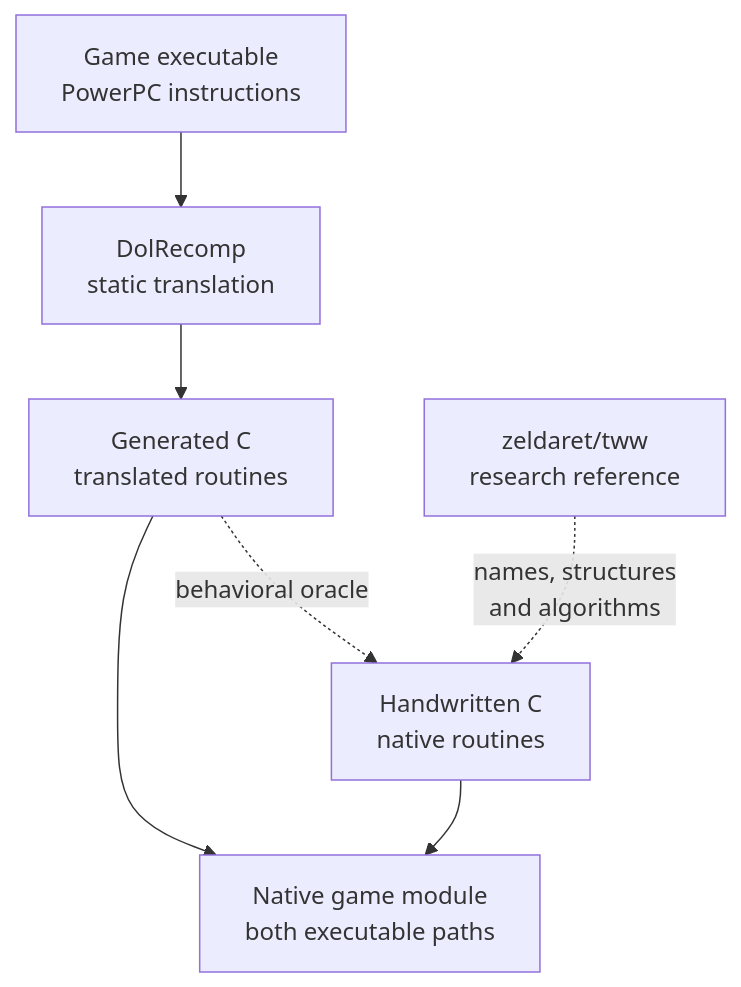
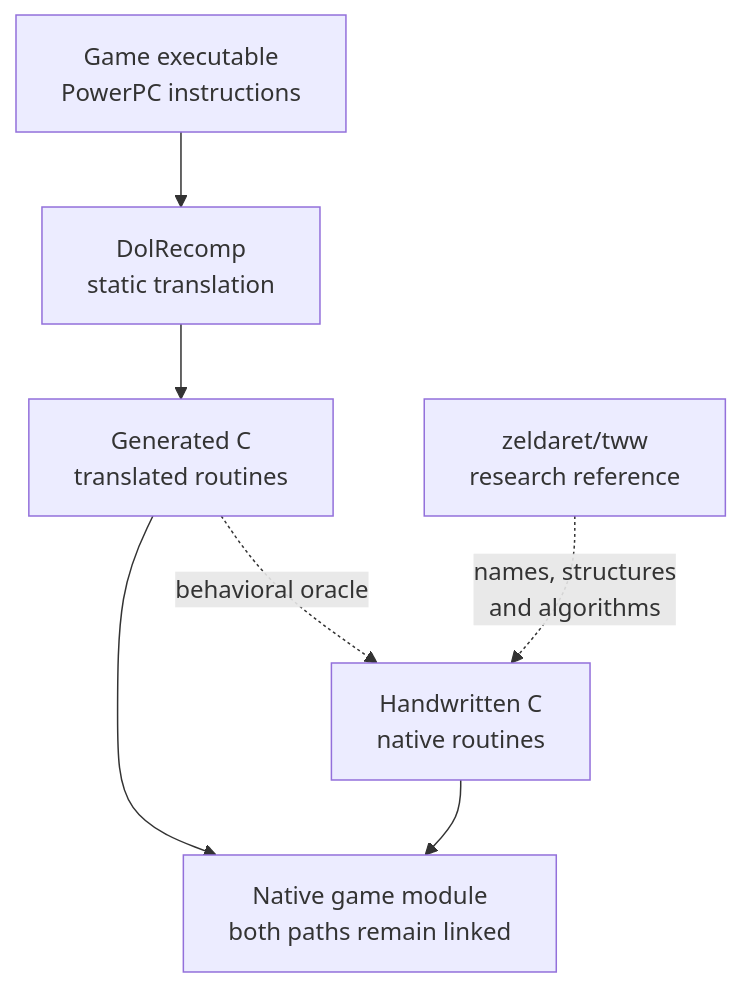
One commit to Aelbannan/boat_of_daphnes changed the first of 6 diagrams in docs/architecture/NativeRoutines.md. Above: the diagram before and after it, drawn with Mermaid. The commit also changed other lines of this file, not shown here.

Commit message:
docs: clarify per-call native selection

````diff
--- a/docs/architecture/NativeRoutines.md
+++ b/docs/architecture/NativeRoutines.md
@@ -33,14 +53,14 @@
 ```mermaid
 flowchart TD
     Disc["Game executable<br/>PowerPC instructions"]
     DolRecomp["DolRecomp<br/>static translation"]
     Generated["Generated C<br/>translated routines"]
     Native["Handwritten C<br/>native routines"]
     Decomp["zeldaret/tww<br/>research reference"]
-    Module["Native game module<br/>both executable paths"]
+    Module["Native game module<br/>both paths remain linked"]
 
     Disc --> DolRecomp --> Generated --> Module
     Native --> Module
     Decomp -.->|"names, structures<br/>and algorithms"| Native
     Generated -.->|"behavioral oracle"| Native
 ```
````
